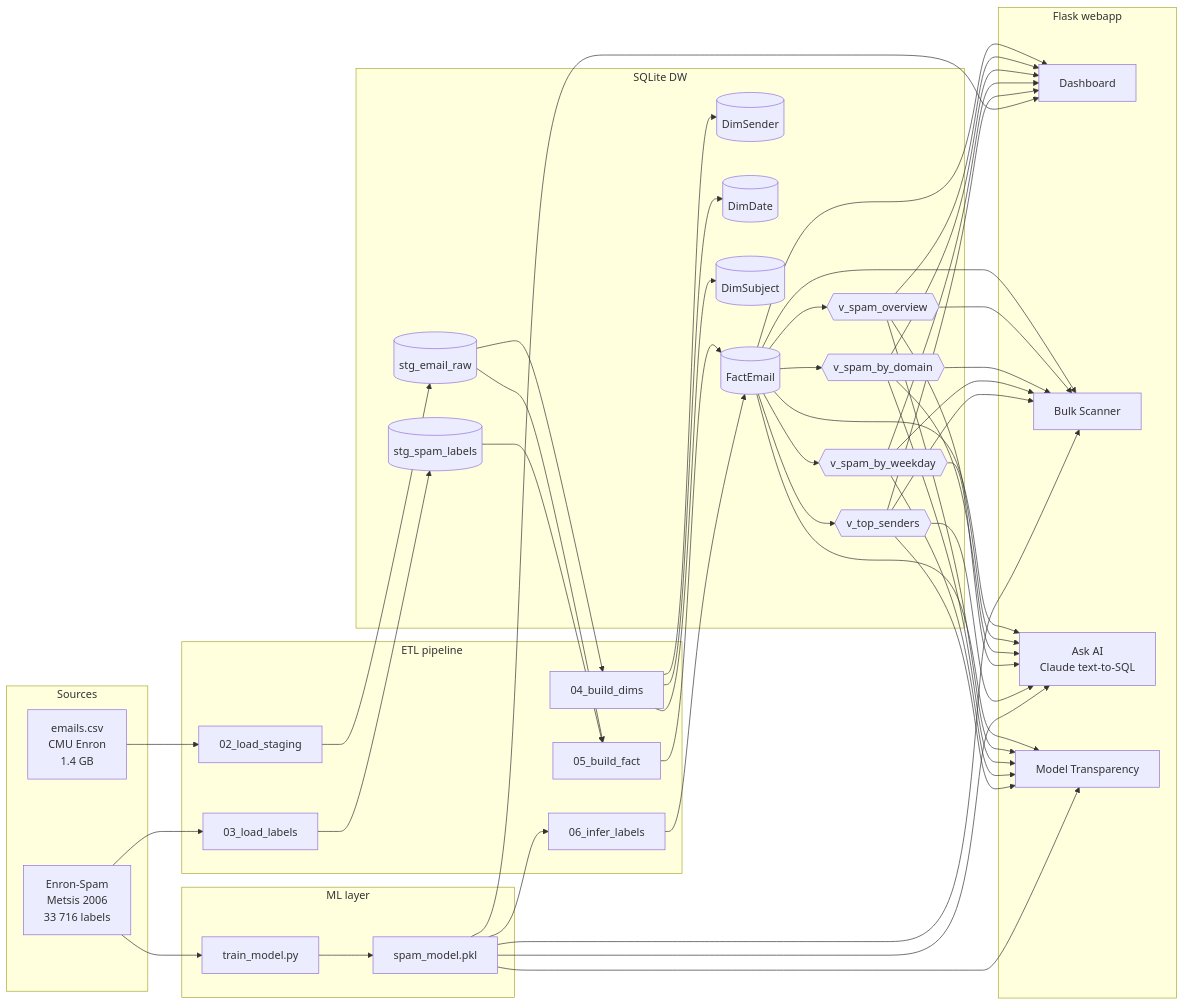
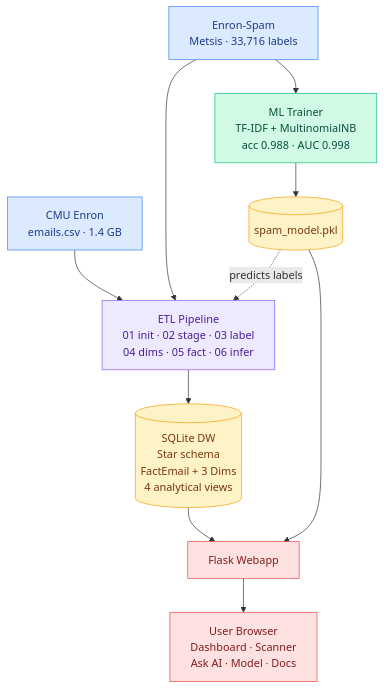
Before and after one commit to Dutchy-O-o/spamguard-dw: the first of 2 diagrams in README.md, drawn with Mermaid. The commit also changed other lines of this file, not shown here.

Commit message:
Replace architecture diagram with clean TD layout
- Old diagram had 6→4 fan-out (24 arrows) and a backward M2→B5→F1
  loop that crossed subgraph boundaries.
- New layout is linear top-down: Sources → ETL → DW → App,
  with ML branching off cleanly and a single dashed feedback
  arrow for the model's label-inference step.
- Added color classDef for layer identification.

````diff
--- a/README.md
+++ b/README.md
@@ -48,50 +48,29 @@
 ```mermaid
-flowchart LR
-  subgraph SRC [Sources]
-    A1[emails.csv<br/>CMU Enron<br/>1.4 GB]
-    A2[Enron-Spam<br/>Metsis 2006<br/>33 716 labels]
-  end
+flowchart TD
+    A1[CMU Enron<br/>emails.csv · 1.4 GB]
+    A2[Enron-Spam<br/>Metsis · 33,716 labels]
 
-  subgraph ETL [ETL pipeline]
-    B1[02_load_staging]
-    B2[03_load_labels]
-    B3[04_build_dims]
-    B4[05_build_fact]
-    B5[06_infer_labels]
-  end
+    A1 --> ETL[ETL Pipeline<br/>01 init · 02 stage · 03 label<br/>04 dims · 05 fact · 06 infer]
+    A2 --> ETL
 
-  subgraph DW [SQLite DW]
-    C1[(stg_email_raw)]
-    C2[(stg_spam_labels)]
-    D1[(DimSender)]
-    D2[(DimDate)]
-    D3[(DimSubject)]
-    F1[(FactEmail)]
-    V1{{v_spam_overview}}
-    V2{{v_spam_by_domain}}
-    V3{{v_spam_by_weekday}}
-    V4{{v_top_senders}}
-  end
+    ETL --> DW[(SQLite DW<br/>Star schema<br/>FactEmail + 3 Dims<br/>4 analytical views)]
 
-  subgraph ML [ML layer]
-    M1[train_model.py]
-    M2[spam_model.pkl]
-  end
+    A2 --> ML[ML Trainer<br/>TF-IDF + MultinomialNB<br/>acc 0.988 · AUC 0.998]
+    ML --> MODEL[(spam_model.pkl)]
+    MODEL -. predicts labels .-> ETL
 
-  subgraph APP [Flask webapp]
-    W1[Dashboard]
-    W2[Bulk Scanner]
-    W3[Ask AI<br/>Claude text-to-SQL]
-    W4[Model Transparency]
-  end
+    DW --> APP[Flask Webapp]
+    MODEL --> APP
+    APP --> U[User Browser<br/>Dashboard · Scanner<br/>Ask AI · Model · Docs]
 
-  A1 --> B1 --> C1
-  A2 --> B2 --> C2
-  C1 --> B3 --> D1 & D2 & D3
-  C1 --> B4 --> F1
-  C2 --> B4
-  F1 --> V1 & V2 & V3 & V4
-  M2 --> B5 --> F1
-  A2 --> M1 --> M2
-  F1 & V1 & V2 & V3 & V4 & M2 --> W1 & W2 & W3 & W4
+    classDef src fill:#dbeafe,stroke:#3b82f6,color:#1e3a8a;
+    classDef proc fill:#ede9fe,stroke:#8b5cf6,color:#4c1d95;
+    classDef store fill:#fef3c7,stroke:#f59e0b,color:#78350f;
+    classDef ml fill:#d1fae5,stroke:#10b981,color:#064e3b;
+    classDef app fill:#fee2e2,stroke:#ef4444,color:#7f1d1d;
+    class A1,A2 src;
+    class ETL proc;
+    class DW,MODEL store;
+    class ML ml;
+    class APP,U app;
 ```
````
